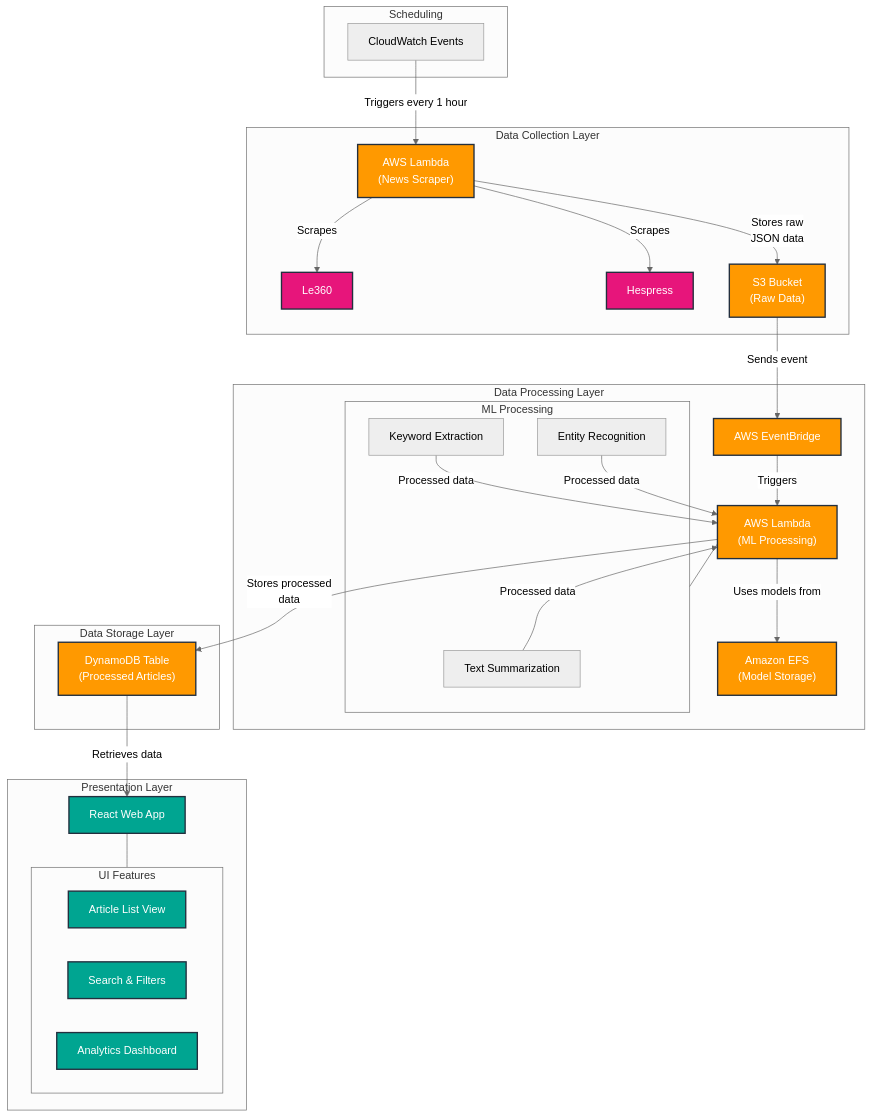
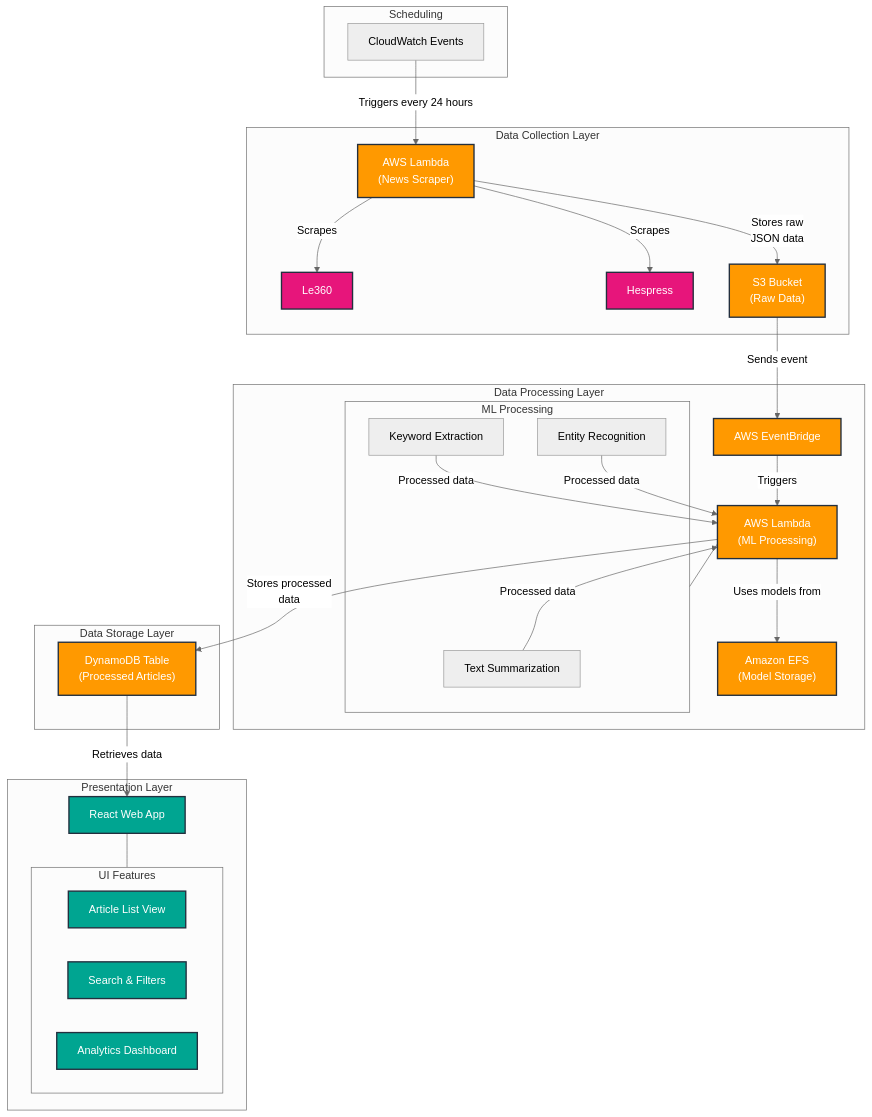
Before and after one commit to mouadenna/lkhbar_f_deqqa: the diagram in README.md, drawn with Mermaid (neutral theme). The commit also changed other lines of this file, not shown here.

````diff
--- a/README.md
+++ b/README.md
@@ -16,66 +16,66 @@
 ```mermaid
 flowchart TD
     subgraph Schedule["Scheduling"]
         CE[CloudWatch Events]
     end
 
     subgraph Scraping["Data Collection Layer"]
         LambdaScraper["AWS Lambda\n(News Scraper)"]
         NewsSource1["Le360"]
         NewsSource2["Hespress"]
         S3Raw["S3 Bucket\n(Raw Data)"]
     end
 
     subgraph Processing["Data Processing Layer"]
         EventBridge["AWS EventBridge"]
         LambdaML["AWS Lambda\n(ML Processing)"]
         EFS["Amazon EFS\n(Model Storage)"]
         subgraph ML_Tasks["ML Processing"]
             T1["Text Summarization"]
             T2["Keyword Extraction"]
             T3["Entity Recognition"]
         end
     end
 
     subgraph Storage["Data Storage Layer"]
         DynamoDB["DynamoDB Table\n(Processed Articles)"]
     end
 
     subgraph Frontend["Presentation Layer"]
         ReactApp["React Web App"]
         subgraph Features["UI Features"]
             F1["Article List View"]
             F2["Search & Filters"]
             F3["Analytics Dashboard"]
         end
     end
 
     %% Schedule triggers
-    CE -->|"Triggers every 1 hour"| LambdaScraper
+    CE -->|"Triggers every 24 hours"| LambdaScraper
 
     %% Data collection flow
     LambdaScraper -->|"Scrapes"| NewsSource1
     LambdaScraper -->|"Scrapes"| NewsSource2
     LambdaScraper -->|"Stores raw\nJSON data"| S3Raw
 
     %% Processing flow
     S3Raw -->|"Sends event"| EventBridge
     EventBridge -->|"Triggers"| LambdaML
     LambdaML -->|"Uses models from"| EFS
     LambdaML --- ML_Tasks
     T1 & T2 & T3 -->|"Processed data"| LambdaML
     LambdaML -->|"Stores processed\ndata"| DynamoDB
 
     %% Frontend flow
     DynamoDB -->|"Retrieves data"| ReactApp
     ReactApp --- Features
 
     %% Styling
     classDef aws fill:#FF9900,stroke:#232F3E,stroke-width:2px,color:white
     classDef frontend fill:#00A591,stroke:#232F3E,stroke-width:2px,color:white
     classDef source fill:#E7157B,stroke:#232F3E,stroke-width:2px,color:white
     
     class LambdaScraper,S3Raw,EventBridge,LambdaML,DynamoDB,EFS aws
     class ReactApp,F1,F2,F3 frontend
     class NewsSource1,NewsSource2 source
 ```
````
